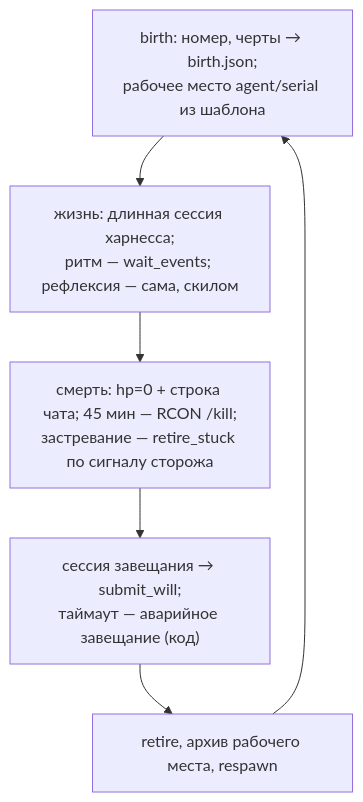
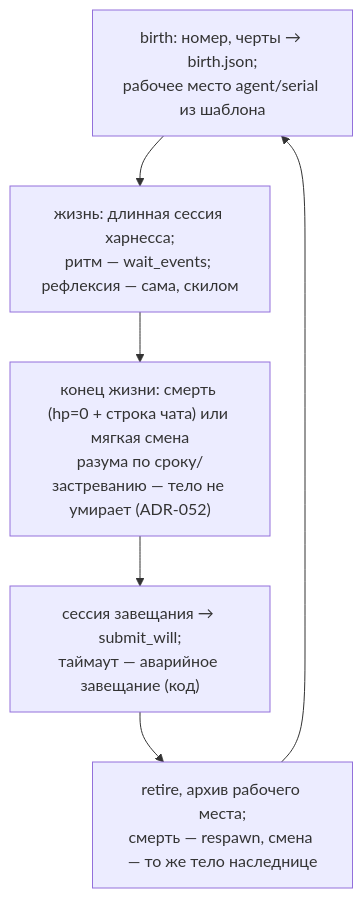
One commit to ZeusThunderer/lastorder changed the second of 2 diagrams in docs/architecture/NETWORK.md. Above: the diagram before and after it, drawn with Mermaid. The commit also changed other lines of this file and 5 other files, not shown here.

Commit message:
docs: ADR-052 — the mind change without a body death; NETWORK §5/§6, OVERVIEW and CLAUDE.md lose the RCON kill, the will prompts (session + persona core) speak of the handover, mvp_report counts term stops next to death stops

````diff
--- a/docs/architecture/NETWORK.md
+++ b/docs/architecture/NETWORK.md
@@ -139,9 +139,9 @@
 ```mermaid
 flowchart TB
     B["birth: номер, черты → birth.json;<br/>рабочее место agent/serial из шаблона"]
     L["жизнь: длинная сессия харнесса;<br/>ритм — wait_events; рефлексия — сама, скилом"]
-    D["смерть: hp=0 + строка чата; 45 мин — RCON /kill;<br/>застревание — retire_stuck по сигналу сторожа"]
+    D["конец жизни: смерть (hp=0 + строка чата) или мягкая смена<br/>разума по сроку/застреванию — тело не умирает (ADR-052)"]
     W["сессия завещания → submit_will;<br/>таймаут — аварийное завещание (код)"]
-    R["retire, архив рабочего места, respawn"]
+    R["retire, архив рабочего места;<br/>смерть — respawn, смена — то же тело наследнице"]
     B --> L --> D --> W --> R --> B
 ```
````
